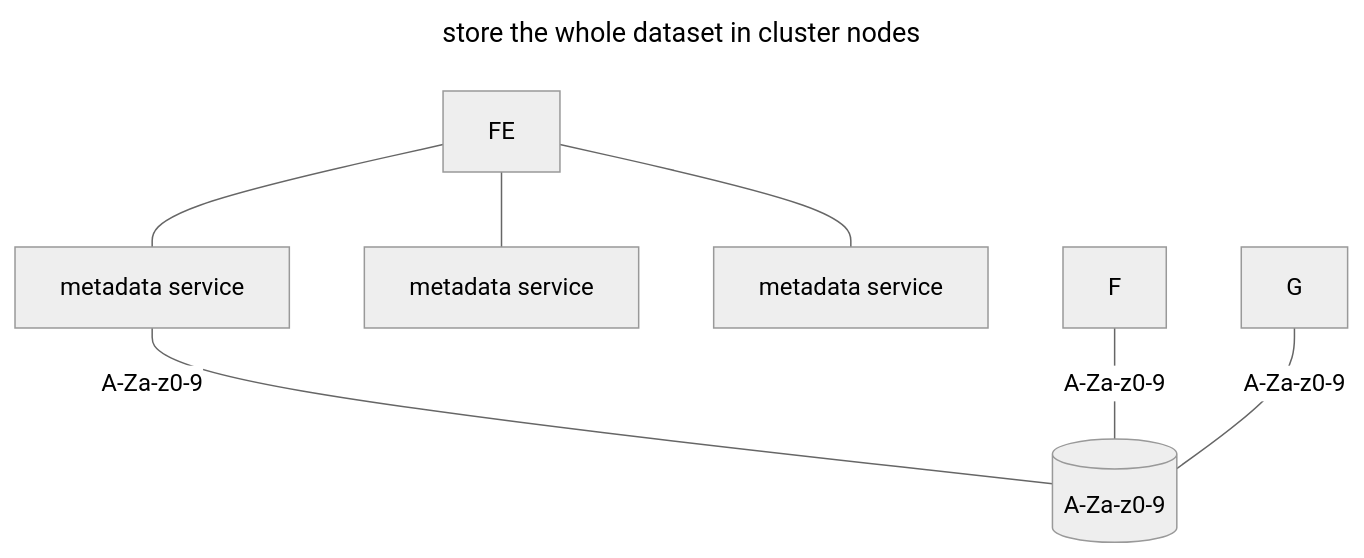
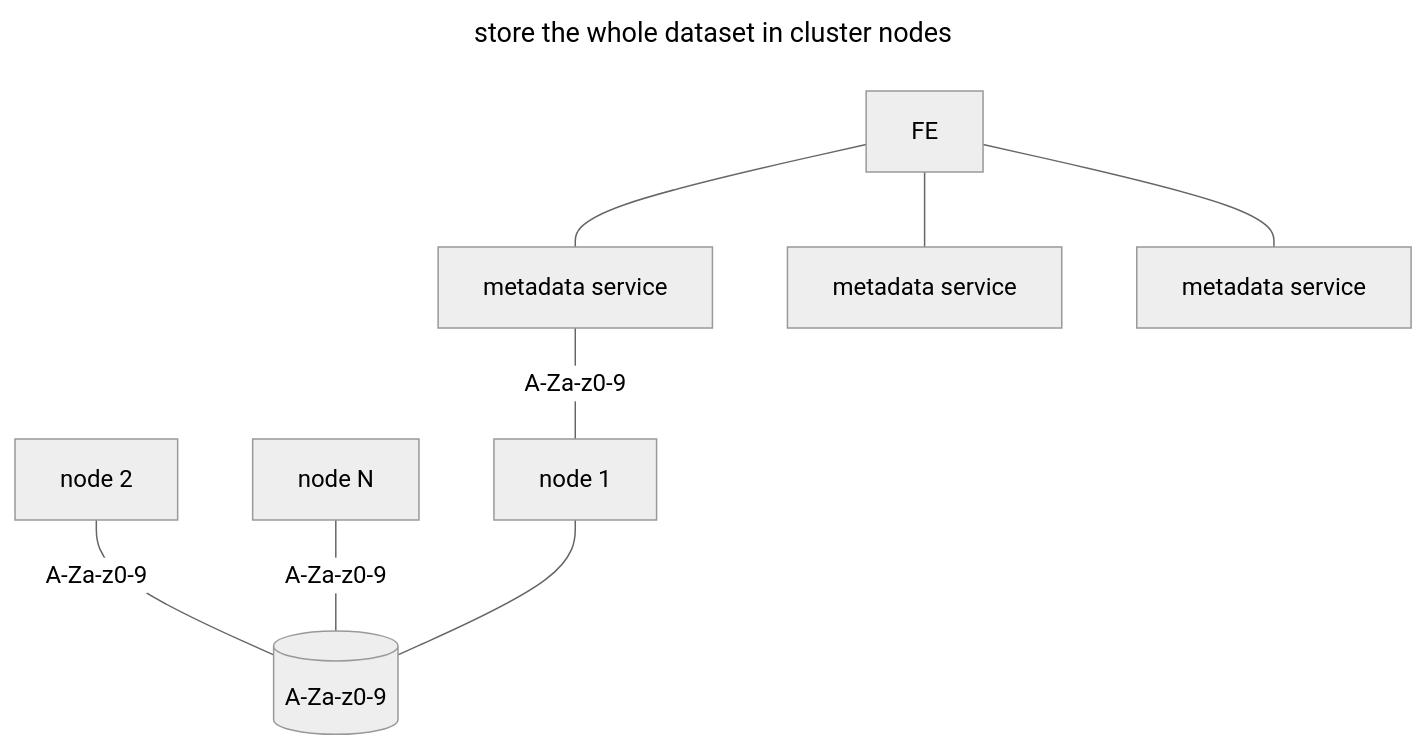
The third of 8 diagrams in 0x07-distributed_message_queue/0-distributed_message_queue.md (brk-a/system-design), drawn with Mermaid (neutral theme) before and after one commit. The commit also changed other lines of this file, not shown here.

````diff
--- a/0x07-distributed_message_queue/0-distributed_message_queue.md
+++ b/0x07-distributed_message_queue/0-distributed_message_queue.md
@@ -146,12 +146,13 @@
     ```mermaid
     ---
     title: store the whole dataset in cluster nodes
     ---
         flowchart TD
         A[FE]---B[metadata service]
         A---C[metadata service]
         A---D[metadata service]
-        B--"A-Za-z0-9"---E[(A-Za-z0-9)]
-        F--"A-Za-z0-9"---E
-        G--"A-Za-z0-9"---E
+        B--"A-Za-z0-9"---E[node 1]
+        F[node 2]--"A-Za-z0-9"---G[(A-Za-z0-9)]
+        H[node N]--"A-Za-z0-9"---G
+        E---G
     ```
````
